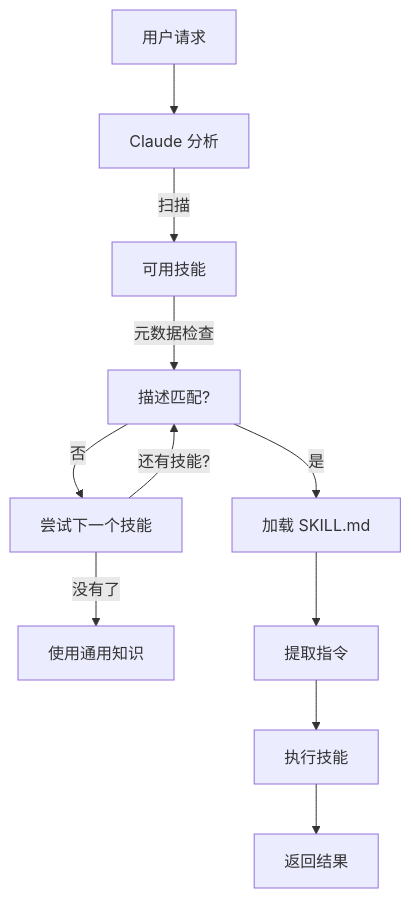
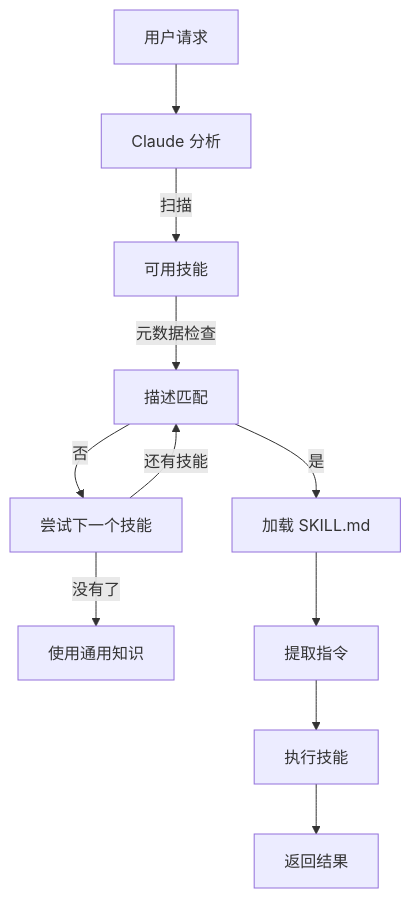
Diagram 20 of 31 in claude-howto-zh/claude_concepts_guide.md (Rx782-Fss/claude-howto-zh), drawn with Mermaid before and after one commit. The commit also changed other lines of this file and 6 other files, not shown here.

First line of the commit message:
fix: 清除 Mermaid 节点/消息中的问号(?)导致GitHub渲染失败

````diff
--- a/claude-howto-zh/claude_concepts_guide.md
+++ b/claude-howto-zh/claude_concepts_guide.md
@@ -2118,13 +2118,13 @@
 ```mermaid
 graph TD
     A["用户请求"] --> B["Claude 分析"]
     B -->|扫描| C["可用技能"]
-    C -->|元数据检查| D["描述匹配?"]
+    C -->|元数据检查| D["描述匹配"]
     D -->|是| E["加载 SKILL.md"]
     D -->|否| F["尝试下一个技能"]
-    F -->|还有技能?| D
+    F -->|还有技能|D
     F -->|没有了| G["使用通用知识"]
     E --> H["提取指令"]
     H --> I["执行技能"]
     I --> J["返回结果"]
 ```
````
